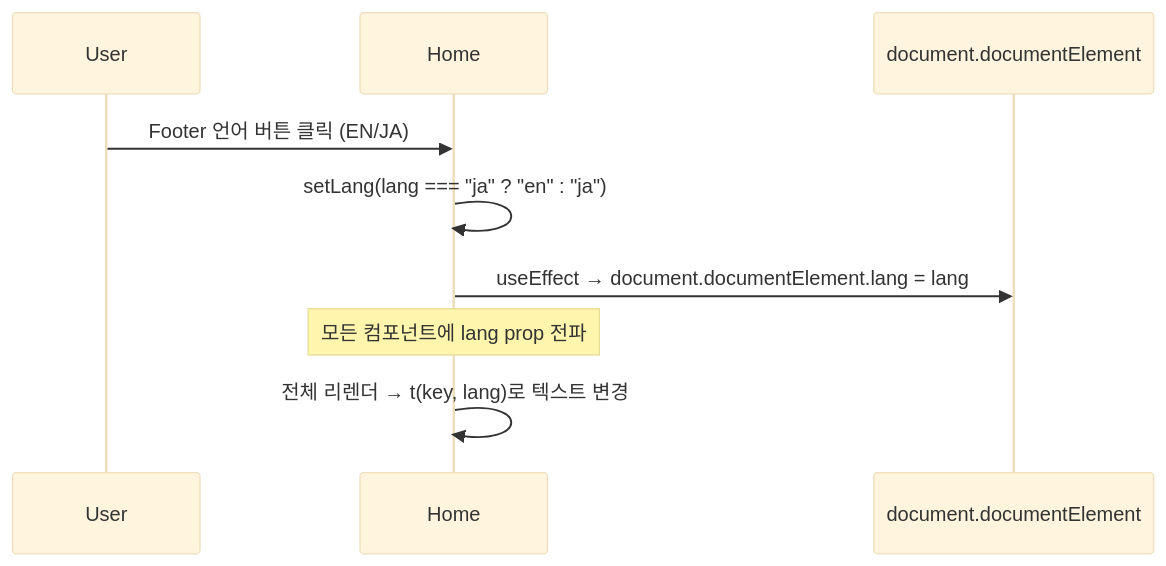
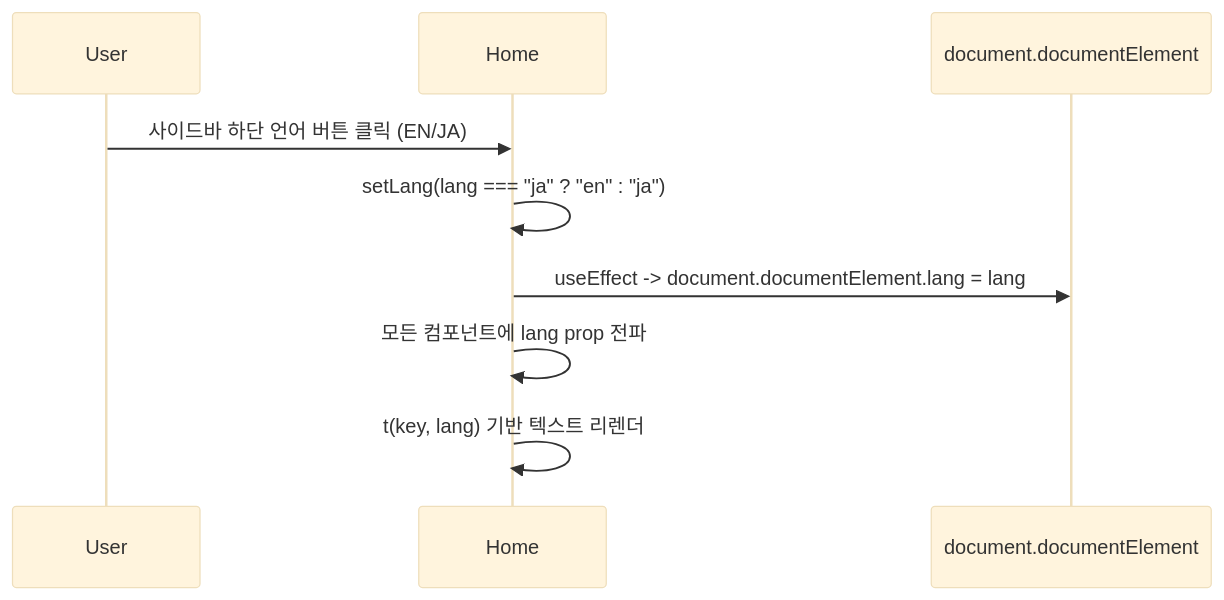
Before and after one commit to nalpari/solar-pv-system: the seventh of 7 diagrams in docs/sequence-diagrams.md, drawn with Mermaid (base theme). The commit also changed other lines of this file and 7 other files, not shown here.

````diff
--- a/docs/sequence-diagrams.md
+++ b/docs/sequence-diagrams.md
@@ -163,12 +163,12 @@
 ```mermaid
 sequenceDiagram
     participant U as User
     participant H as Home
     participant DOM as document.documentElement
 
-    U->>H: Footer 언어 버튼 클릭 (EN/JA)
+    U->>H: 사이드바 하단 언어 버튼 클릭 (EN/JA)
     H->>H: setLang(lang === "ja" ? "en" : "ja")
-    H->>DOM: useEffect → document.documentElement.lang = lang
-    Note over H: 모든 컴포넌트에 lang prop 전파
-    H->>H: 전체 리렌더 → t(key, lang)로 텍스트 변경
+    H->>DOM: useEffect -> document.documentElement.lang = lang
+    H->>H: 모든 컴포넌트에 lang prop 전파
+    H->>H: t(key, lang) 기반 텍스트 리렌더
 ```
````
